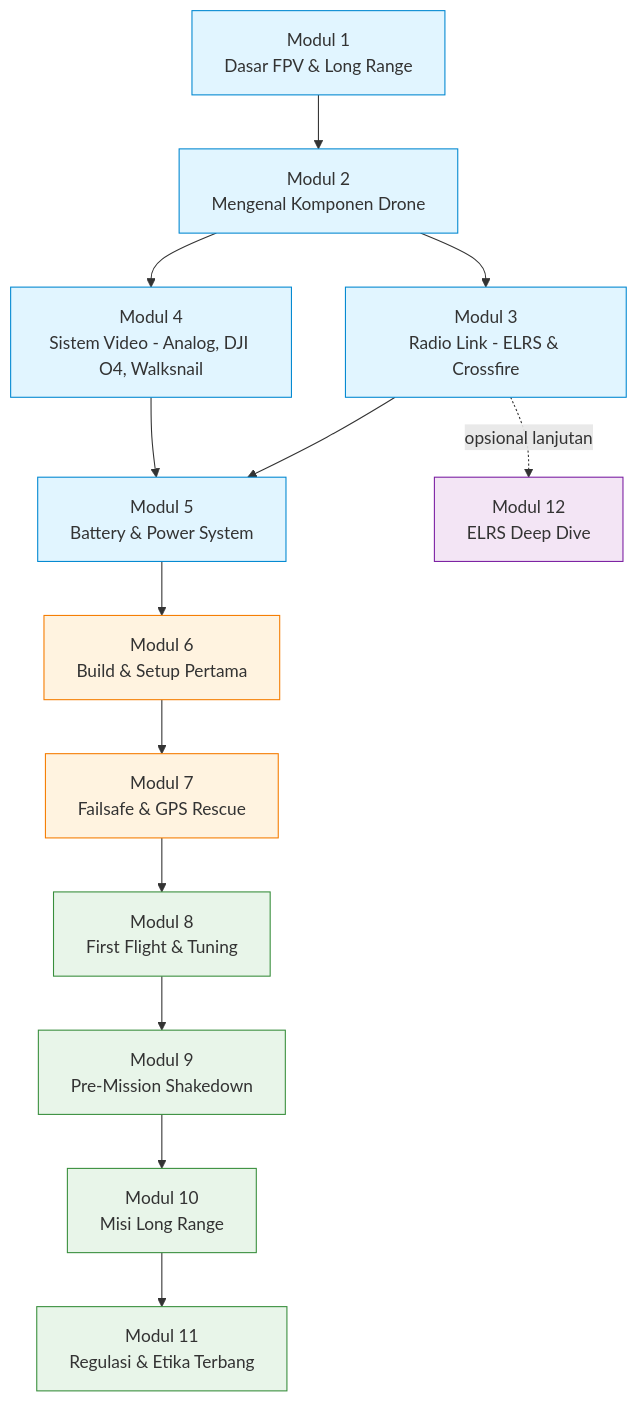
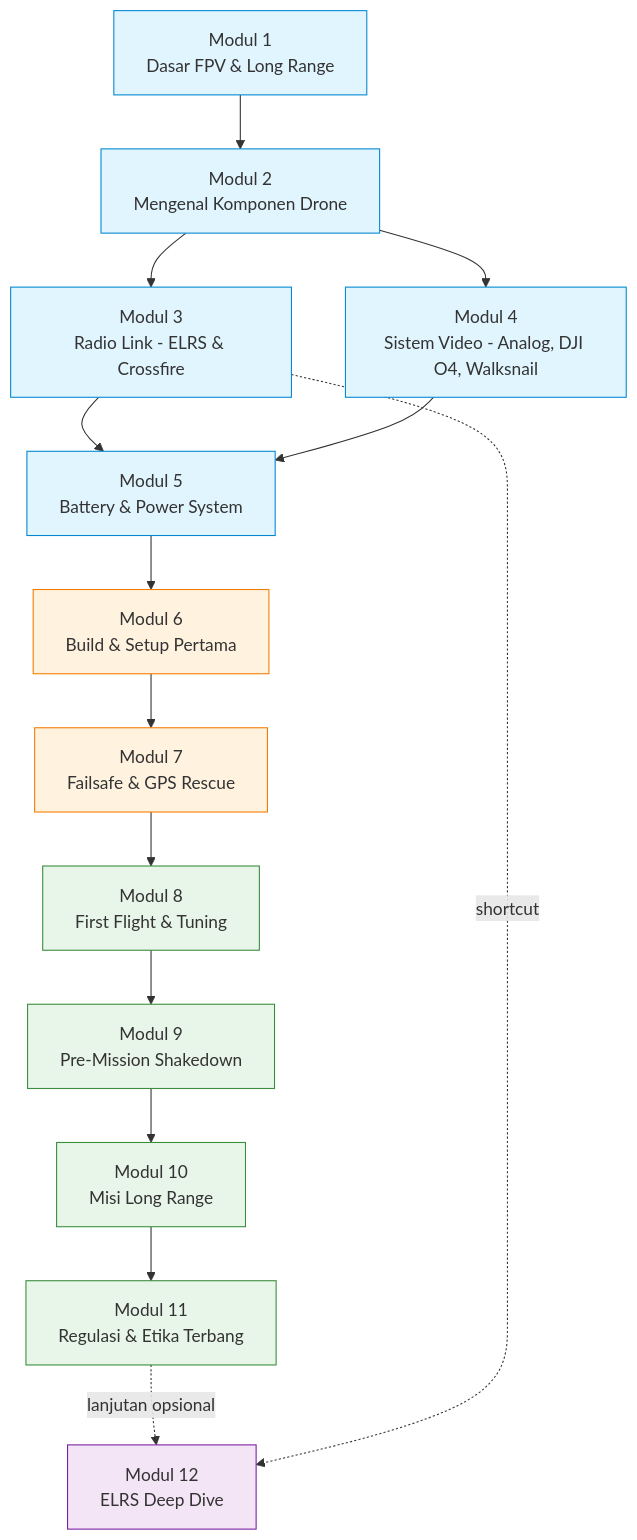
One commit to edhotp/Belajar-FPV-Long-Range changed the first of 2 diagrams in learning/00-index.md. Above: the diagram before and after it, drawn with Mermaid.

Commit message:
docs(learning): hubungkan Modul 12 ke Modul 11 di peta belajar

````diff
--- a/learning/00-index.md
+++ b/learning/00-index.md
@@ -21,24 +21,25 @@
 ```mermaid
 flowchart TD
     M1[Modul 1<br/>Dasar FPV & Long Range] --> M2[Modul 2<br/>Mengenal Komponen Drone]
     M2 --> M3[Modul 3<br/>Radio Link - ELRS & Crossfire]
     M2 --> M4[Modul 4<br/>Sistem Video - Analog, DJI O4, Walksnail]
     M3 --> M5[Modul 5<br/>Battery & Power System]
     M4 --> M5
     M5 --> M6[Modul 6<br/>Build & Setup Pertama]
     M6 --> M7[Modul 7<br/>Failsafe & GPS Rescue]
     M7 --> M8[Modul 8<br/>First Flight & Tuning]
     M8 --> M9[Modul 9<br/>Pre-Mission Shakedown]
     M9 --> M10[Modul 10<br/>Misi Long Range]
     M10 --> M11[Modul 11<br/>Regulasi & Etika Terbang]
-    M3 -.opsional lanjutan.-> M12[Modul 12<br/>ELRS Deep Dive]
+    M11 -.lanjutan opsional.-> M12[Modul 12<br/>ELRS Deep Dive]
+    M3 -.shortcut.-> M12
 
     classDef basic fill:#e1f5ff,stroke:#0288d1
     classDef build fill:#fff3e0,stroke:#f57c00
     classDef fly fill:#e8f5e9,stroke:#388e3c
     classDef deep fill:#f3e5f5,stroke:#7b1fa2
     class M1,M2,M3,M4,M5 basic
     class M6,M7 build
     class M8,M9,M10,M11 fly
     class M12 deep
 ```
````
